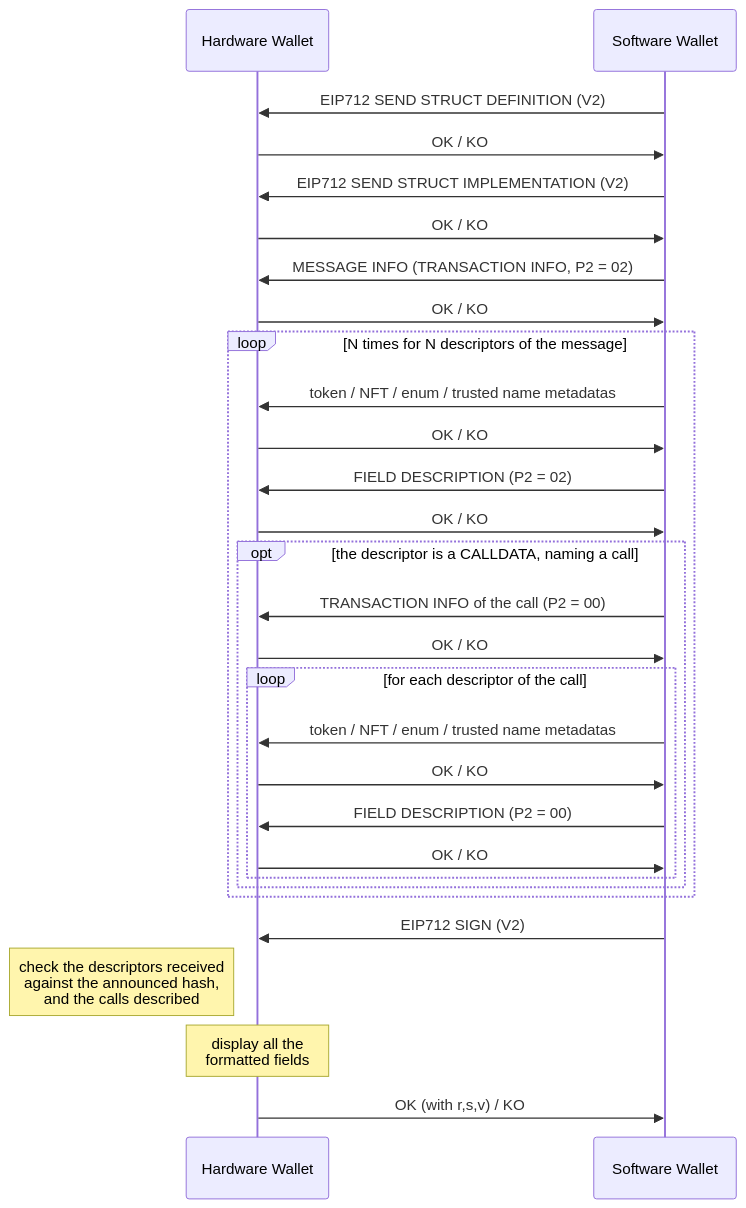
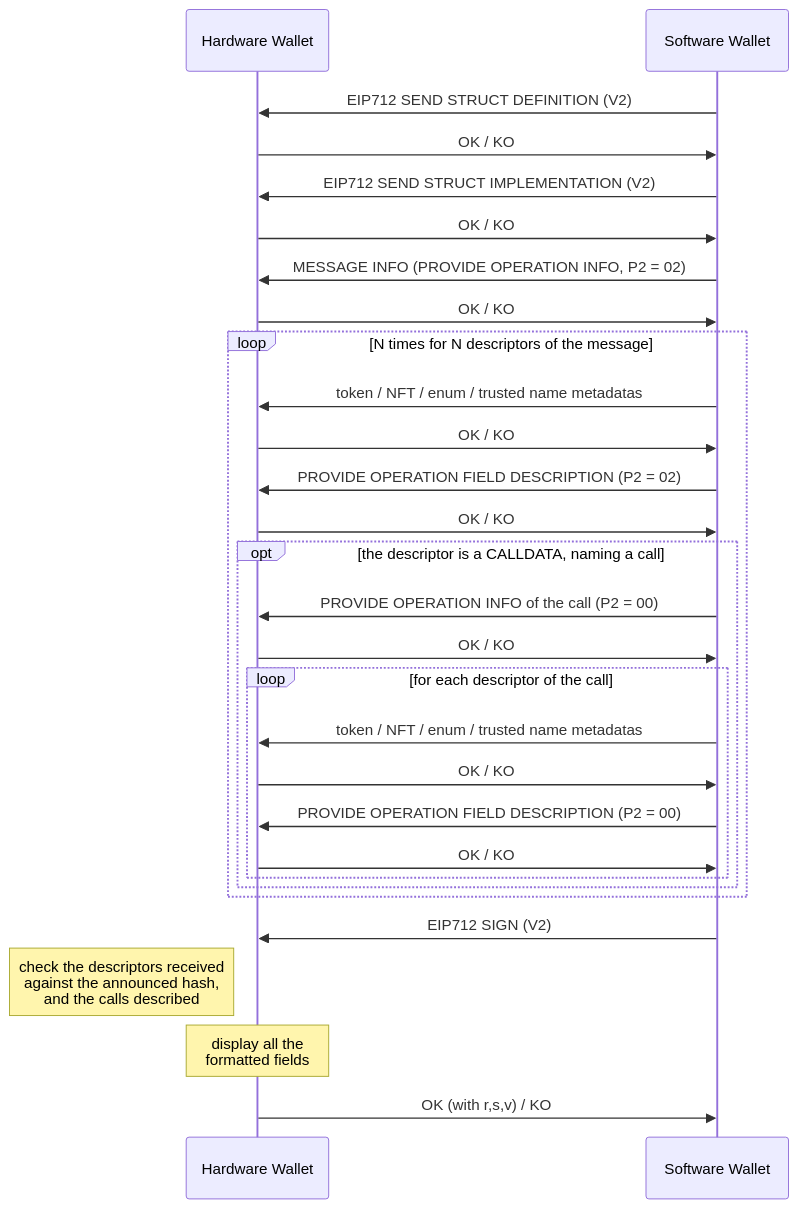
The third of 3 diagrams in doc/gcs.md (LedgerHQ/app-ethereum), drawn with Mermaid before and after one commit. The commit also changed other lines of this file and 8 other files, not shown here.

First line of the commit message:
Rename the operation info and field APDUs

````diff
--- a/doc/gcs.md
+++ b/doc/gcs.md
@@ -77,34 +78,34 @@
 ```mermaid
 sequenceDiagram
     participant HW as Hardware Wallet
     participant SW as Software Wallet
 
     SW ->> HW: EIP712 SEND STRUCT DEFINITION (V2)
     HW ->> SW: OK / KO
     SW ->> HW: EIP712 SEND STRUCT IMPLEMENTATION (V2)
     HW ->> SW: OK / KO
-    SW ->> HW: MESSAGE INFO (TRANSACTION INFO, P2 = 02)
+    SW ->> HW: MESSAGE INFO (PROVIDE OPERATION INFO, P2 = 02)
     HW ->> SW: OK / KO
 
     loop N times for N descriptors of the message
         SW ->> HW: token / NFT / enum / trusted name metadatas
         HW ->> SW: OK / KO
-        SW ->> HW: FIELD DESCRIPTION (P2 = 02)
+        SW ->> HW: PROVIDE OPERATION FIELD DESCRIPTION (P2 = 02)
         HW ->> SW: OK / KO
         opt the descriptor is a CALLDATA, naming a call
-            SW ->> HW: TRANSACTION INFO of the call (P2 = 00)
+            SW ->> HW: PROVIDE OPERATION INFO of the call (P2 = 00)
             HW ->> SW: OK / KO
             loop for each descriptor of the call
                 SW ->> HW: token / NFT / enum / trusted name metadatas
                 HW ->> SW: OK / KO
-                SW ->> HW: FIELD DESCRIPTION (P2 = 00)
+                SW ->> HW: PROVIDE OPERATION FIELD DESCRIPTION (P2 = 00)
                 HW ->> SW: OK / KO
             end
         end
     end
 
     SW ->> HW: EIP712 SIGN (V2)
     note left of HW: check the descriptors received<br/>against the announced hash,<br/>and the calls described
     note over HW: display all the<br/>formatted fields
     HW ->> SW: OK (with r,s,v) / KO
 ```
````
